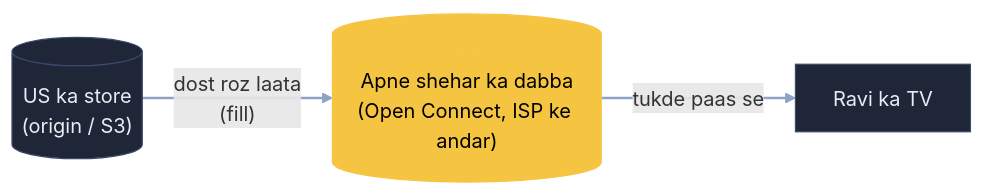
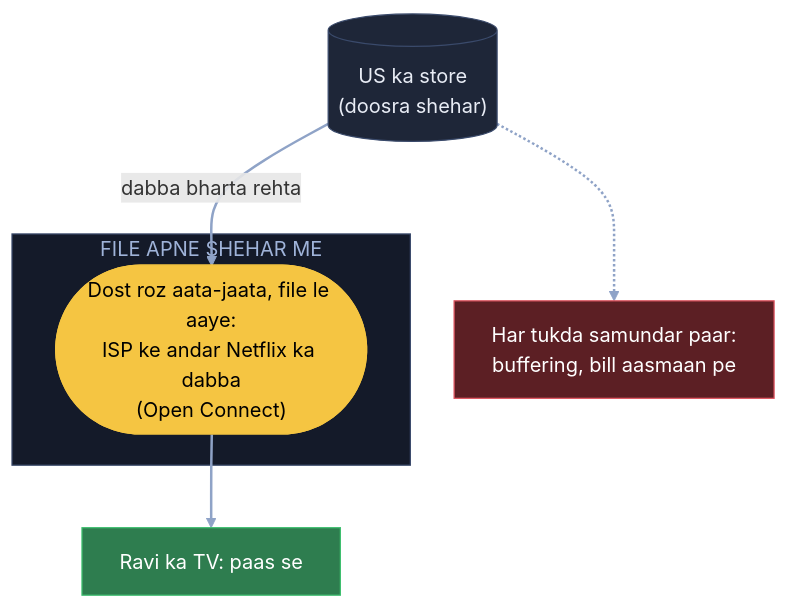
One commit to ArpanMaheshwari144/Prep changed the first of 7 diagrams in 04_HLD/SYSTEM_DESIGNS/18_netflix/18_netflix.md. Above: the diagram before and after it, drawn with Mermaid. The commit also changed other lines of this file, not shown here.

Commit message:
Netflix: 7 diagram hand notes ke shabdon se (apne shehar me file, pen drive, guard, parchi, game parlour)

````diff
--- a/04_HLD/SYSTEM_DESIGNS/18_netflix/18_netflix.md
+++ b/04_HLD/SYSTEM_DESIGNS/18_netflix/18_netflix.md
@@ -41,9 +41,18 @@
 ```mermaid
-flowchart LR
-    S[("US ka store<br/>(origin / S3)")] -- "dost roz laata<br/>(fill)" --> B[("Apne shehar ka dabba<br/>(Open Connect, ISP ke andar)")]
-    B -- "tukde paas se" --> R["Ravi ka TV"]
-    class B hl
-    classDef default fill:#1e2638,stroke:#3a4a6b,color:#e8ecf5
-    classDef hl fill:#f5c542,stroke:#f5c542,color:#000
+flowchart TB
+    US[("US ka store<br/>(doosra shehar)")]:::card
+    X["Har tukda samundar paar:<br/>buffering, bill aasmaan pe"]:::bad
+    subgraph AS["FILE APNE SHEHAR ME"]
+        B(["Dost roz aata-jaata, file le aaye:<br/>ISP ke andar Netflix ka dabba<br/>(Open Connect)"]):::pill
+    end
+    R["Ravi ka TV: paas se"]:::good
+    US -.-> X
+    US -- "dabba bharta rehta" --> B
+    B --> R
     linkStyle default stroke:#8fa3c7,stroke-width:2px
+    classDef card fill:#1e2638,stroke:#3a4a6b,color:#e8ecf5
+    classDef pill fill:#f5c542,stroke:#f5c542,color:#000
+    classDef good fill:#2e7d4f,stroke:#3fbf6f,color:#fff
+    classDef bad fill:#5c1f24,stroke:#e05561,color:#fff
+    style AS fill:#141a29,stroke:#3a4a6b,color:#9fb3d9
 ```
````
